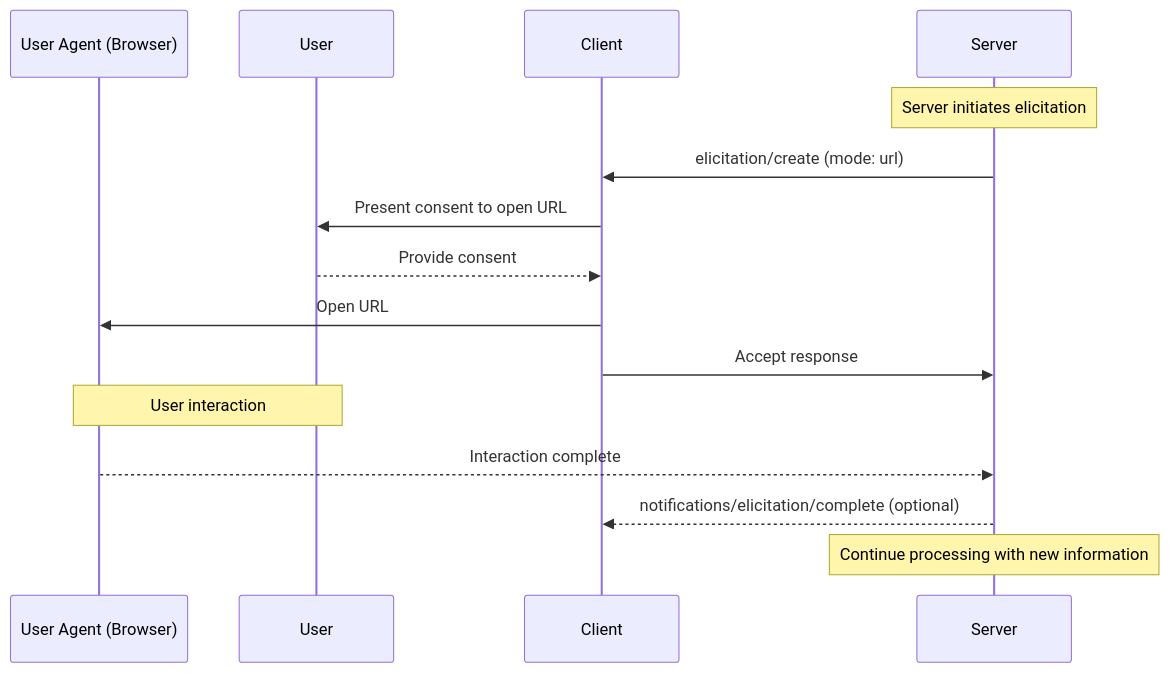
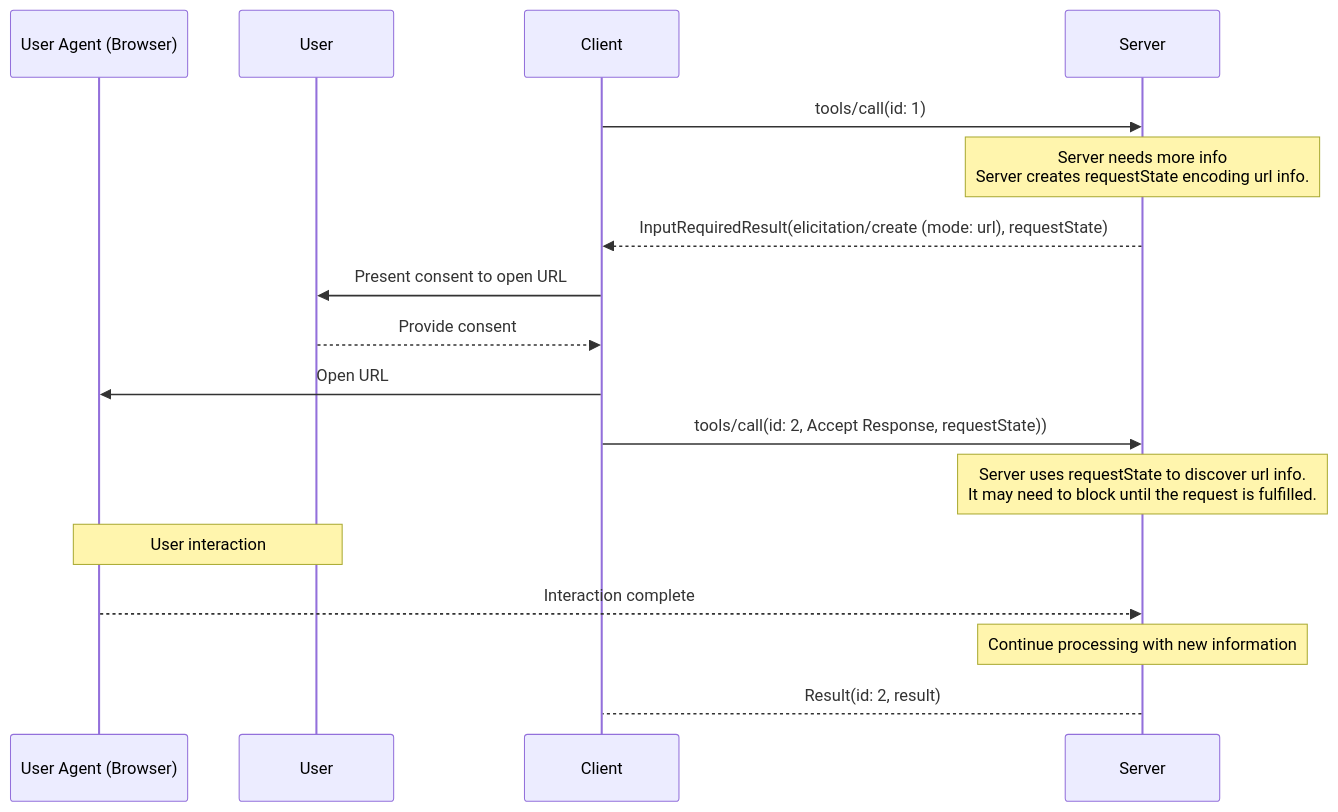
Before and after one commit to maguroid/skills: the second of 3 diagrams in mcp-typescript/references/repos/modelcontextprotocol/docs/specification/draft/client/elicitation.mdx, drawn with Mermaid. The commit also changed other lines of this file and 2208 other files, not shown here.

````diff
--- a/mcp-typescript/references/repos/modelcontextprotocol/docs/specification/draft/client/elicitation.mdx
+++ b/mcp-typescript/references/repos/modelcontextprotocol/docs/specification/draft/client/elicitation.mdx
@@ -474,22 +409,24 @@
 ```mermaid
 sequenceDiagram
     participant UserAgent as User Agent (Browser)
     participant User
     participant Client
     participant Server
 
-    Note over Server: Server initiates elicitation
-    Server->>Client: elicitation/create (mode: url)
+    Client->>Server: tools/call(id: 1)
+    Note over Server: Server needs more info <br/> Server creates requestState encoding url info.
+    Server-->>Client: InputRequiredResult(elicitation/create (mode: url), requestState)
 
     Client->>User: Present consent to open URL
     User-->>Client: Provide consent
 
     Client->>UserAgent: Open URL
-    Client->>Server: Accept response
+    Client->>Server: tools/call(id: 2, Accept Response, requestState))
+    Note over Server: Server uses requestState to discover url info. <br/> It may need to block until the request is fulfilled.
 
     Note over User,UserAgent: User interaction
     UserAgent-->>Server: Interaction complete
-    Server-->>Client: notifications/elicitation/complete (optional)
 
     Note over Server: Continue processing with new information
+    Server-->Client: Result(id: 2, result)
 ```
````
